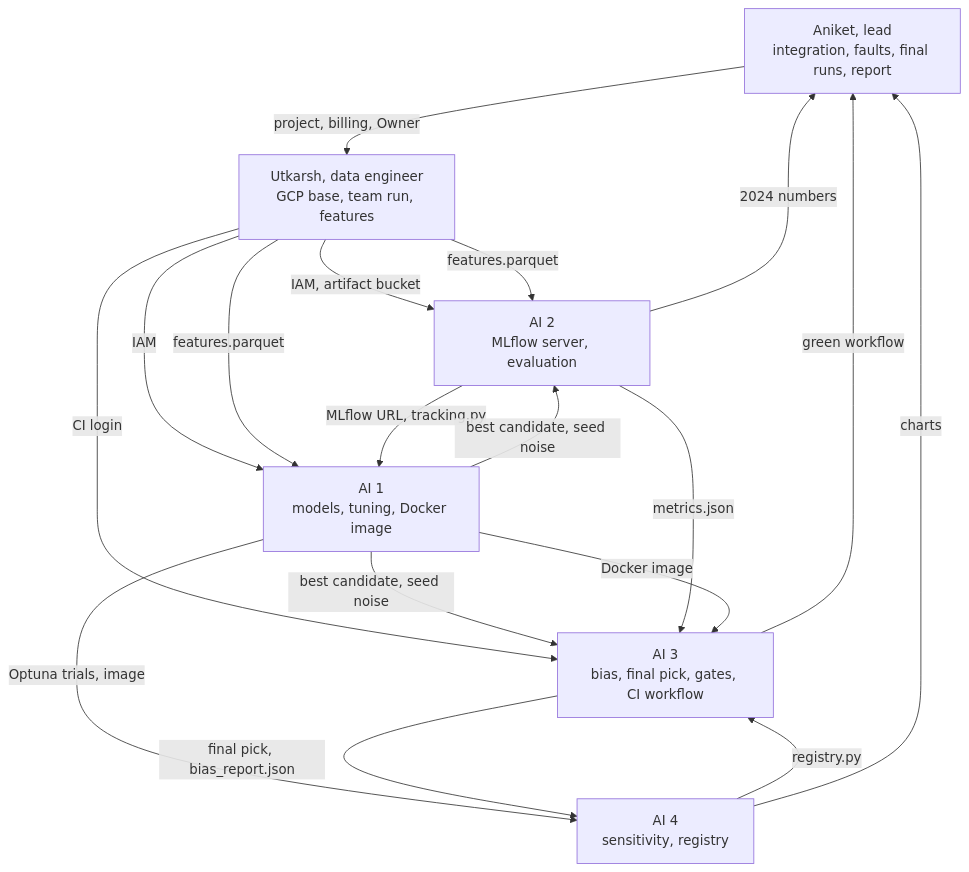
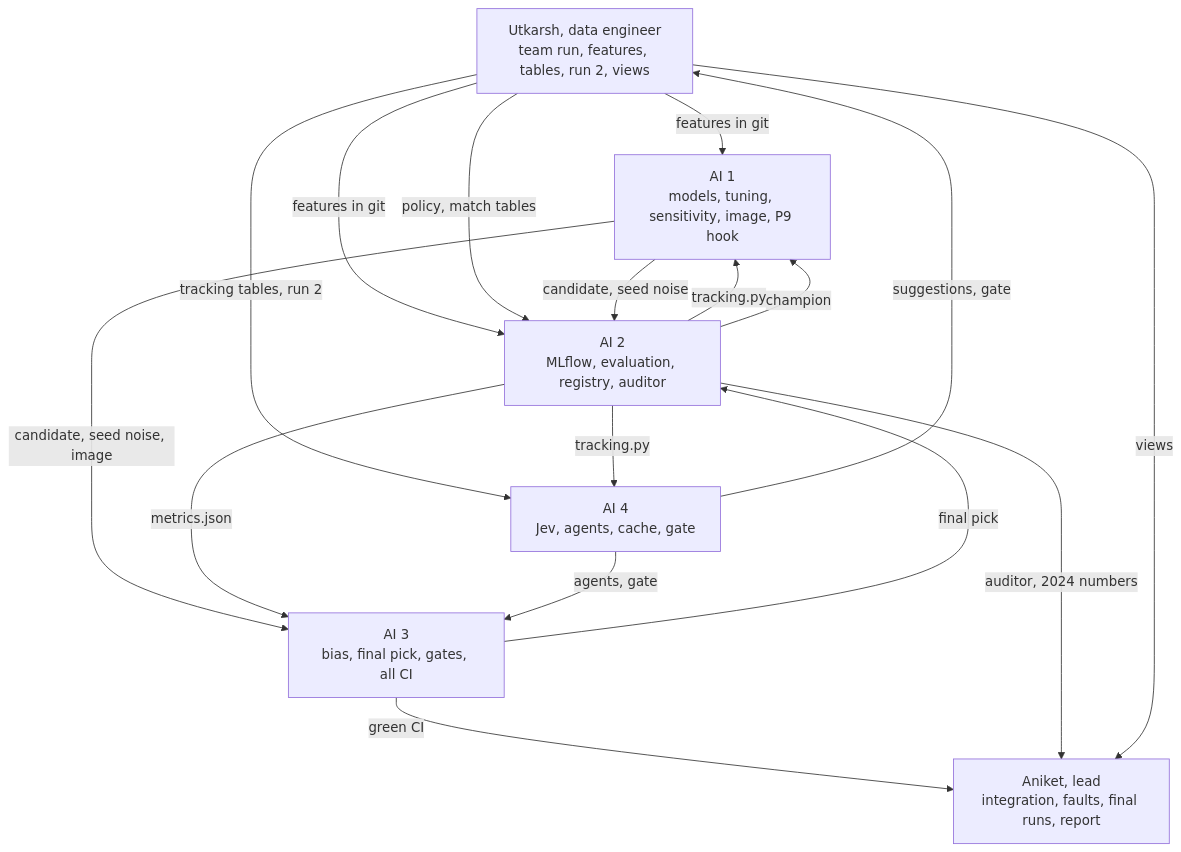
The second of 2 diagrams in Model-Pipeline/PLAN.md (Itsme-aniketghosh/Meridian), drawn with Mermaid before and after one commit. The commit also changed other lines of this file and 8 other files, not shown here.

````diff
--- a/Model-Pipeline/PLAN.md
+++ b/Model-Pipeline/PLAN.md
@@ -186,27 +235,26 @@
 ```mermaid
 flowchart TD
   aniket["Aniket, lead<br/>integration, faults, final runs, report"]
-  utkarsh["Utkarsh, data engineer<br/>GCP base, team run, features"]
-  ai1["AI 1<br/>models, tuning, Docker image"]
-  ai2["AI 2<br/>MLflow server, evaluation"]
-  ai3["AI 3<br/>bias, final pick, gates, CI workflow"]
-  ai4["AI 4<br/>sensitivity, registry"]
+  utkarsh["Utkarsh, data engineer<br/>team run, features, tables, run 2, views"]
+  ai1["AI 1<br/>models, tuning, sensitivity, image, P9 hook"]
+  ai2["AI 2<br/>MLflow, evaluation, registry, auditor"]
+  ai3["AI 3<br/>bias, final pick, gates, all CI"]
+  ai4["AI 4<br/>Jev, agents, cache, gate"]
 
-  aniket -->|"project, billing, Owner"| utkarsh
-  utkarsh -->|"IAM, artifact bucket"| ai2
-  utkarsh -->|"IAM"| ai1
-  utkarsh -->|"CI login"| ai3
-  utkarsh -->|"features.parquet"| ai1
-  utkarsh -->|"features.parquet"| ai2
-  ai2 -->|"MLflow URL, tracking.py"| ai1
-  ai1 -->|"best candidate, seed noise"| ai2
-  ai1 -->|"best candidate, seed noise"| ai3
-  ai1 -->|"Optuna trials, image"| ai4
+  utkarsh -->|"features in git"| ai1
+  utkarsh -->|"features in git"| ai2
+  utkarsh -->|"tracking tables, run 2"| ai4
+  utkarsh -->|"policy, match tables"| ai2
+  ai2 -->|"tracking.py"| ai1
+  ai2 -->|"tracking.py"| ai4
+  ai1 -->|"candidate, seed noise"| ai2
+  ai1 -->|"candidate, seed noise, image"| ai3
   ai2 -->|"metrics.json"| ai3
-  ai3 -->|"final pick, bias_report.json"| ai4
-  ai1 -->|"Docker image"| ai3
-  ai4 -->|"registry.py"| ai3
-  ai3 -->|"green workflow"| aniket
-  ai4 -->|"charts"| aniket
-  ai2 -->|"2024 numbers"| aniket
+  ai3 -->|"final pick"| ai2
+  ai2 -->|"champion"| ai1
+  ai4 -->|"suggestions, gate"| utkarsh
+  ai4 -->|"agents, gate"| ai3
+  ai3 -->|"green CI"| aniket
+  ai2 -->|"auditor, 2024 numbers"| aniket
+  utkarsh -->|"views"| aniket
 ```
````
